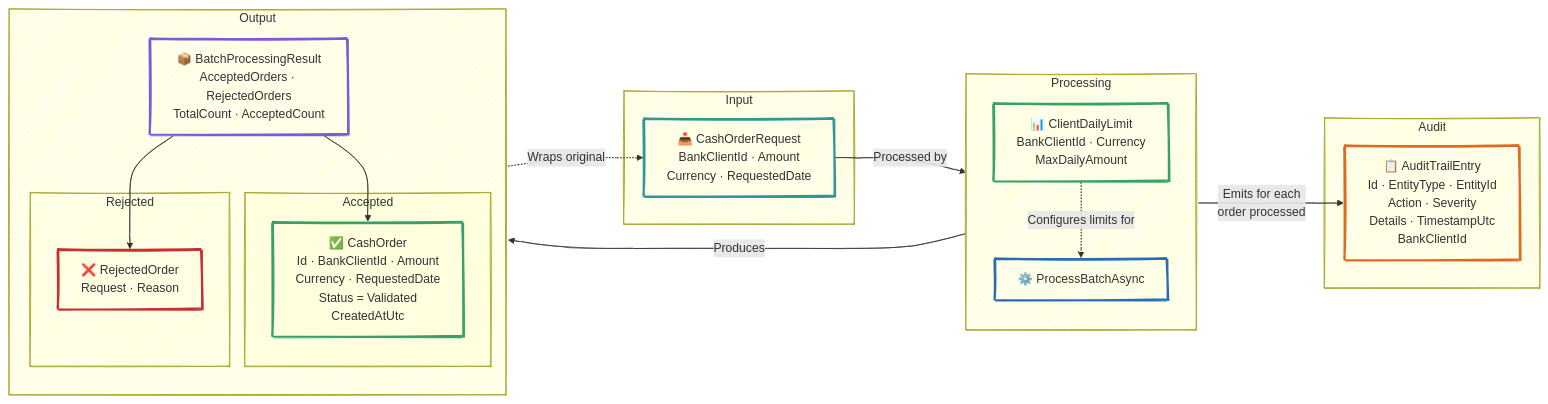
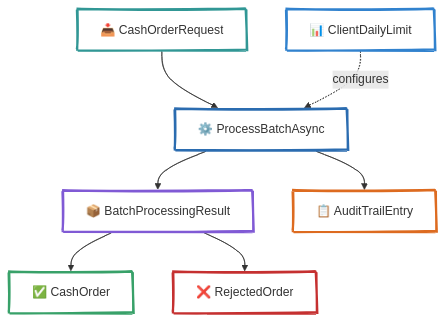
Before and after one commit to abezr/adaptive-cash-interview: the second of 3 diagrams in docs/c4/code.md, drawn with Mermaid. The commit also changed other lines of this file, not shown here.

First line of the commit message:
Simplify code diagrams: short labels, no property lists in nodes

````diff
--- a/docs/c4/code.md
+++ b/docs/c4/code.md
@@ -42,48 +48,29 @@
 ```mermaid
 ---
 config:
   look: handDrawn
 ---
-flowchart LR
-    subgraph input ["Input"]
-        REQ["📥 CashOrderRequest\nBankClientId · Amount\nCurrency · RequestedDate"]:::input
-    end
+flowchart TD
+    REQ["📥 CashOrderRequest"]:::input
+    SVC["⚙️ ProcessBatchAsync"]:::router
+    RESULT["📦 BatchProcessingResult"]:::output
+    ORDER["✅ CashOrder"]:::gate
+    REJORD["❌ RejectedOrder"]:::escalation
+    ENTRY["📋 AuditTrailEntry"]:::audit
+    LIMIT["📊 ClientDailyLimit"]:::context
 
-    subgraph processing ["Processing"]
-        direction TB
-        SVC["⚙️ ProcessBatchAsync"]:::router
-        LIMIT["📊 ClientDailyLimit\nBankClientId · Currency\nMaxDailyAmount"]:::gate
-    end
-
-    subgraph output ["Output"]
-        direction TB
-        RESULT["📦 BatchProcessingResult\nAcceptedOrders · RejectedOrders\nTotalCount · AcceptedCount"]:::output
-
-        subgraph accepted ["Accepted"]
-            ORDER["✅ CashOrder\nId · BankClientId · Amount\nCurrency · RequestedDate\nStatus = Validated\nCreatedAtUtc"]:::gate
-        end
-
-        subgraph rejected ["Rejected"]
-            REJORD["❌ RejectedOrder\nRequest · Reason"]:::escalation
-        end
-    end
-
-    subgraph audit ["Audit"]
-        ENTRY["📋 AuditTrailEntry\nId · EntityType · EntityId\nAction · Severity\nDetails · TimestampUtc\nBankClientId"]:::audit
-    end
-
-    REQ -- "Processed by" --> SVC
-    LIMIT -. "Configures limits for" .-> SVC
-    SVC -- "Produces" --> RESULT
+    REQ --> SVC
+    LIMIT -. "configures" .-> SVC
+    SVC --> RESULT
     RESULT --> ORDER
     RESULT --> REJORD
-    REJORD -. "Wraps original" .-> REQ
-    SVC -- "Emits for each\norder processed" --> ENTRY
+    SVC --> ENTRY
 
     classDef input fill:transparent,stroke:#319795,stroke-width:3px
     classDef router fill:transparent,stroke:#2B6CB0,stroke-width:3px
     classDef gate fill:transparent,stroke:#38A169,stroke-width:3px
     classDef output fill:transparent,stroke:#805AD5,stroke-width:3px
     classDef escalation fill:transparent,stroke:#C53030,stroke-width:3px
     classDef audit fill:transparent,stroke:#DD6B20,stroke-width:3px
+    classDef context fill:transparent,stroke:#3182CE,stroke-width:3px
 ```
````
